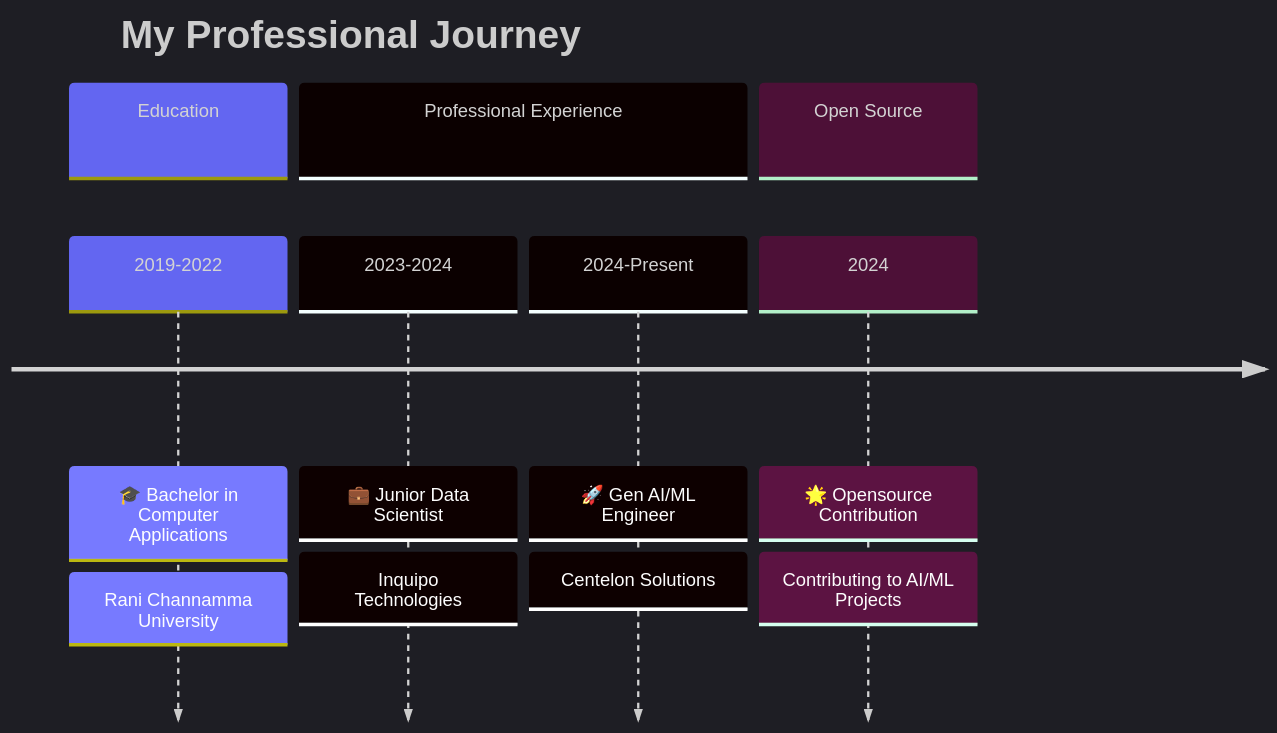
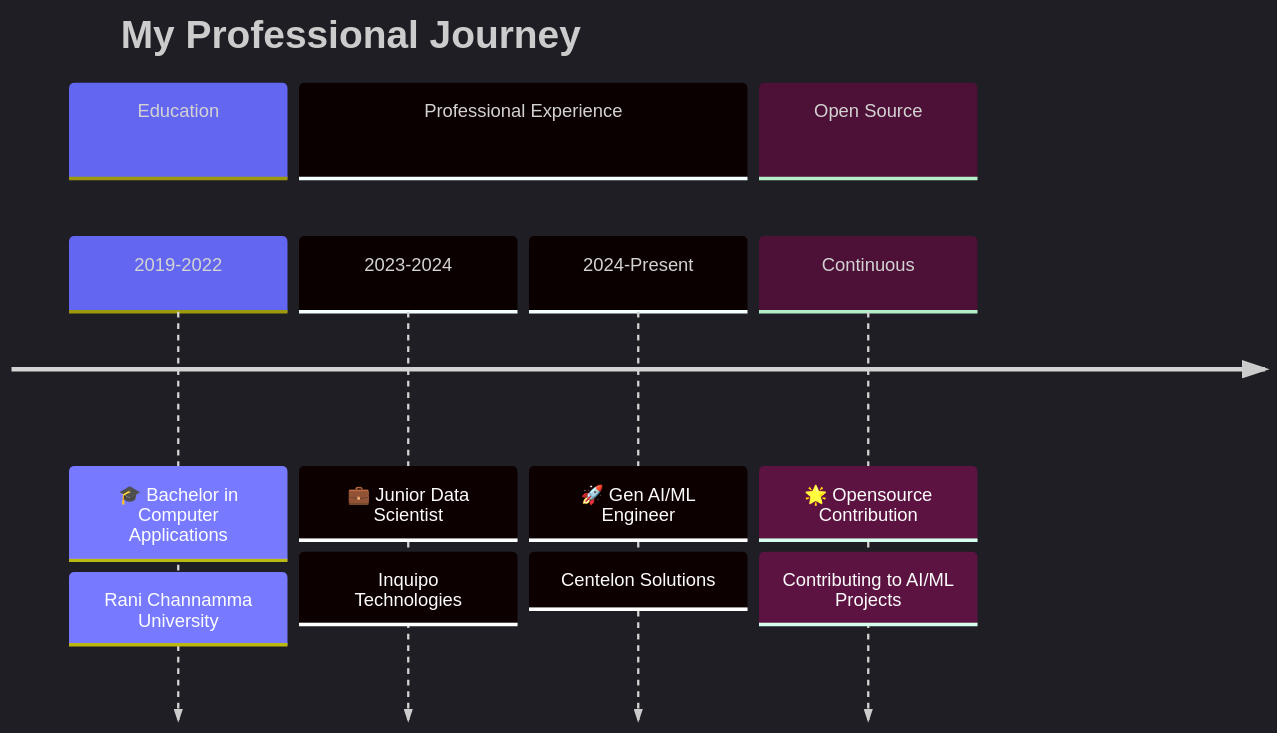
One commit to Vijay-konakeri/Vijay-konakeri changed the diagram in README.md. Above: the diagram before and after it, drawn with Mermaid.

Commit message:
Update contribution year in README

````diff
--- a/README.md
+++ b/README.md
@@ -42,16 +42,16 @@
 ```mermaid
 %%{init: {'theme':'dark', 'themeVariables': {'primaryColor':'#6366F1','primaryTextColor':'#fff','primaryBorderColor':'#818CF8','lineColor':'#A5B4FC','secondaryColor':'#4F46E5','tertiaryColor':'#312E81'}}}%%
 timeline
     title My Professional Journey
     section Education
         2019-2022 : 🎓 Bachelor in Computer Applications
                   : Rani Channamma University
     section Professional Experience
         2023-2024 : 💼 Junior Data Scientist
                   : Inquipo Technologies
         2024-Present : 🚀 Gen AI/ML Engineer
                      : Centelon Solutions
     section Open Source
-        2024 : 🌟 Opensource Contribution
+        Continuous : 🌟 Opensource Contribution
              : Contributing to AI/ML Projects
 ```
````
